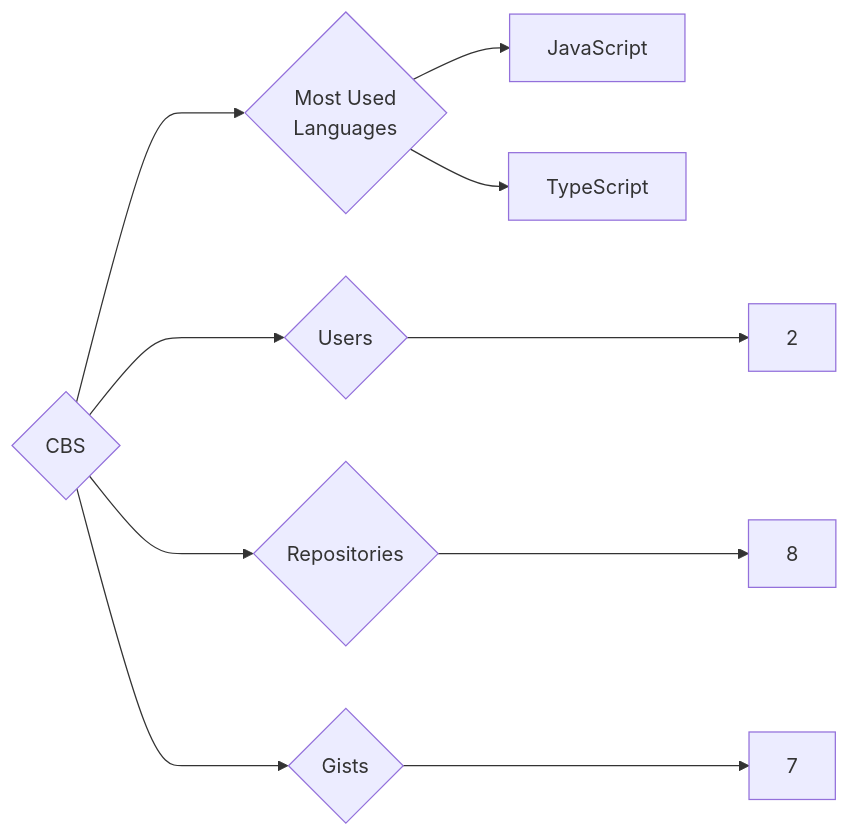
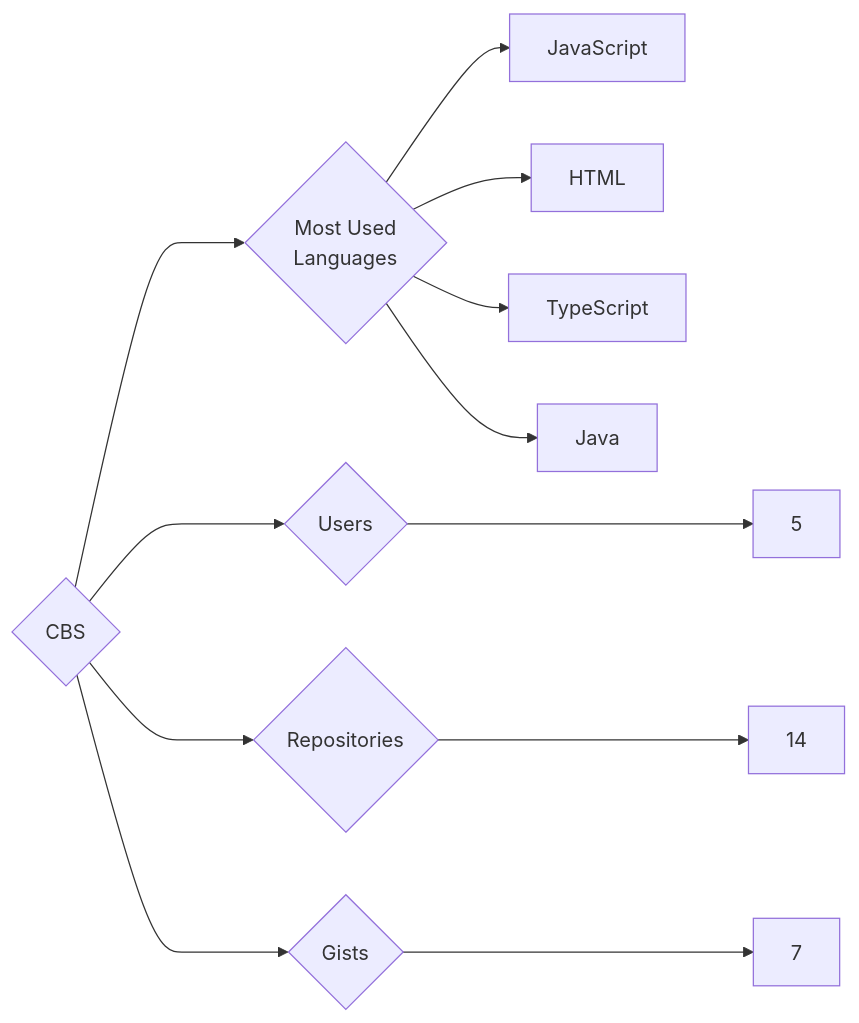
One commit to trickest/insiders changed the diagram in targets/CBS/README.md. Above: the diagram before and after it, drawn with Mermaid. The commit also changed 1020 other files, not shown here.

````diff
--- a/targets/CBS/README.md
+++ b/targets/CBS/README.md
@@ -3,10 +3,12 @@
 ```mermaid
 graph LR
 COMPANY_NAME{CBS}
-COMPANY_NAME ---> U{Users} ---> UN[2]
-COMPANY_NAME ---> R{Repositories} ---> RN[8]
+COMPANY_NAME ---> U{Users} ---> UN[5]
+COMPANY_NAME ---> R{Repositories} ---> RN[14]
 COMPANY_NAME ---> G{Gists} ---> GN[7]
 COMPANY_NAME ---> ML{Most Used<br>Languages}
 ML --> JavaScript[JavaScript]
+ML --> HTML[HTML]
 ML --> TypeScript[TypeScript]
+ML --> Java[Java]
 ```
````
